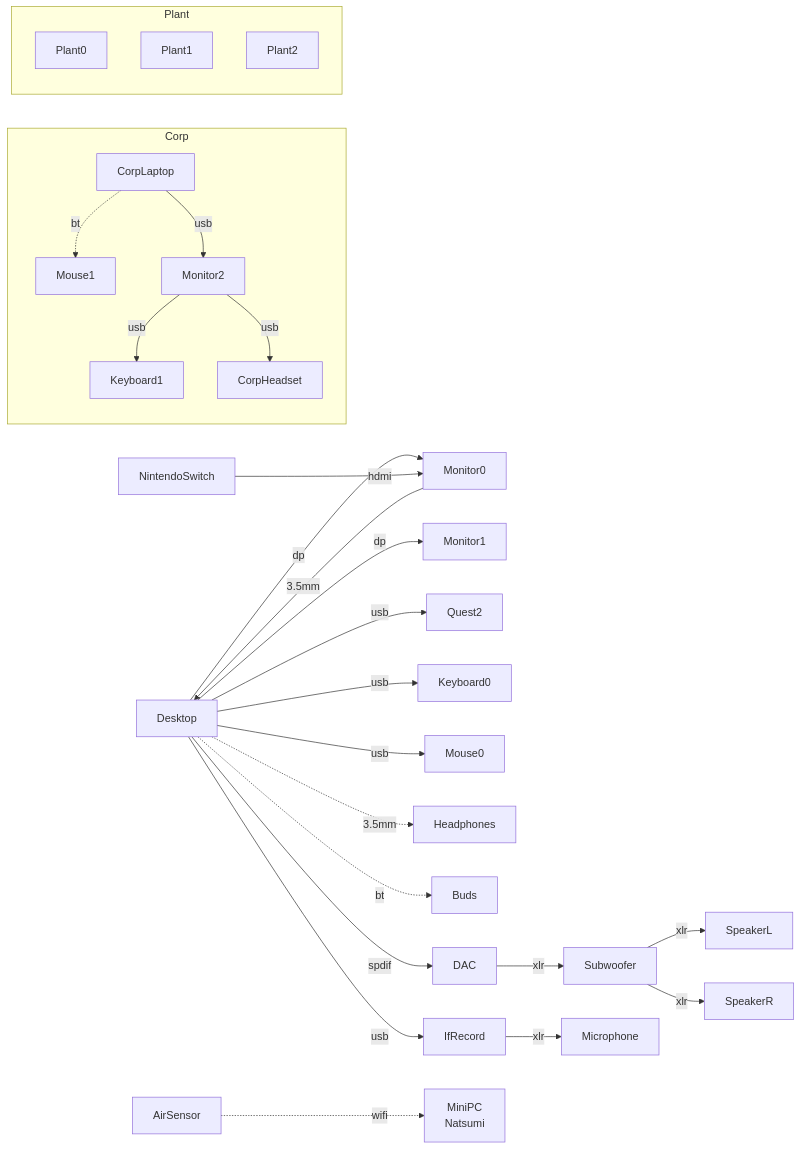
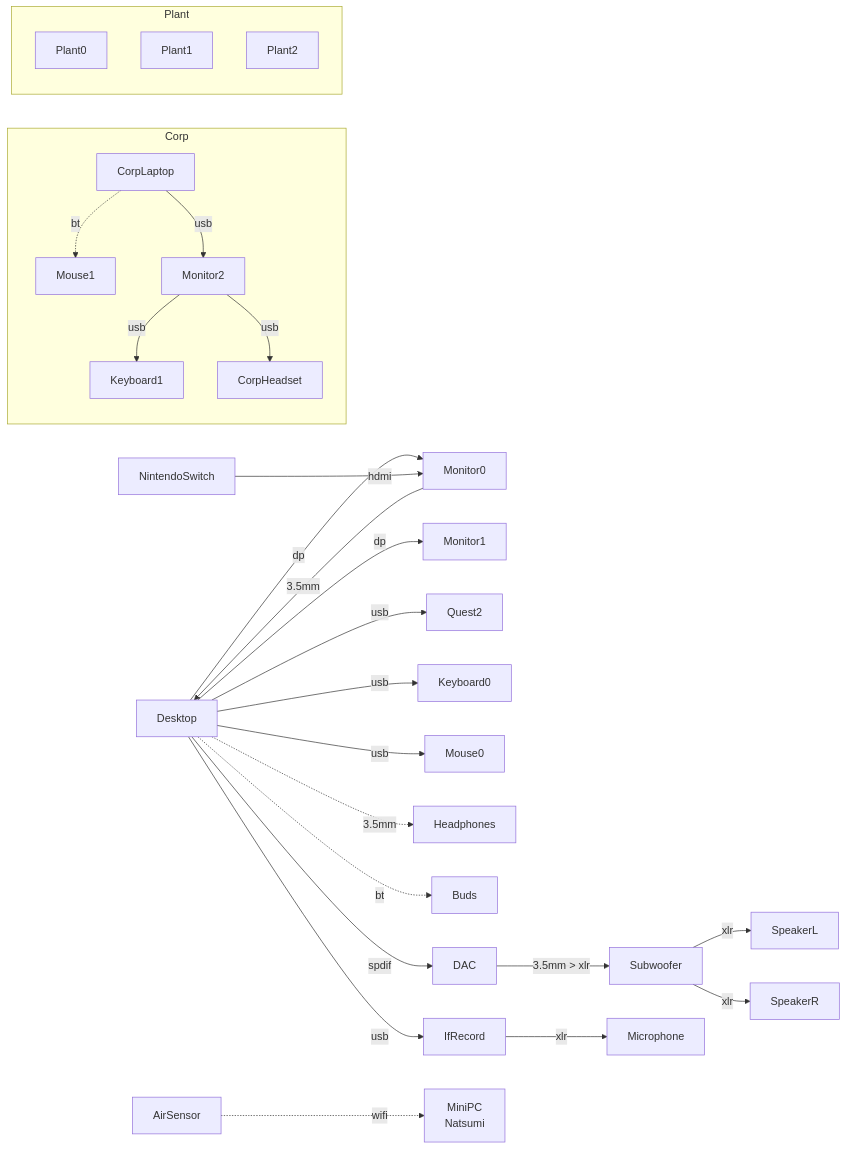
The first of 2 diagrams in articles/home/home.md (gyng/book), drawn with Mermaid before and after one commit.

````diff
--- a/articles/home/home.md
+++ b/articles/home/home.md
@@ -7,58 +7,58 @@
 ```mermaid
 graph LR
     Desktop
     Monitor0
     Monitor1
     Quest2
     Keyboard0
     Mouse1
 
     Desktop -->|dp| Monitor0
     Desktop -->|dp| Monitor1
     Desktop -->|usb| Keyboard0
     Desktop -->|usb| Mouse0
     Desktop -.->|3.5mm| Headphones
     Desktop -->|usb| Quest2
     Monitor0 -->|3.5mm| Desktop
 
     Subwoofer
     SpeakerL
     SpeakerR
     Microphone
     Buds
     IfRecord
     Headphones
     DAC
     Subwoofer -->|xlr| SpeakerL
     Subwoofer -->|xlr| SpeakerR
     Desktop -->|spdif| DAC
-    DAC -->|xlr| Subwoofer
+    DAC -->|3.5mm > xlr| Subwoofer
     Desktop -->|usb| IfRecord
     Desktop -.->|bt| Buds
     IfRecord -->|xlr| Microphone
 
     subgraph Corp
         CorpHeadset
         CorpLaptop
         Keyboard1
         Mouse1
         Monitor2
         CorpLaptop -->|usb| Monitor2
         Monitor2 -->|usb| Keyboard1
         CorpLaptop -.->|bt| Mouse1
         Monitor2 -->|usb| CorpHeadset
     end
 
     AirSensor
     Natsumi["MiniPC\nNatsumi"]
     AirSensor -.->|wifi| Natsumi
 
     NintendoSwitch
     NintendoSwitch -->|hdmi| Monitor0
 
     subgraph Plant
         Plant0
         Plant1
         Plant2
     end
 ```
````
